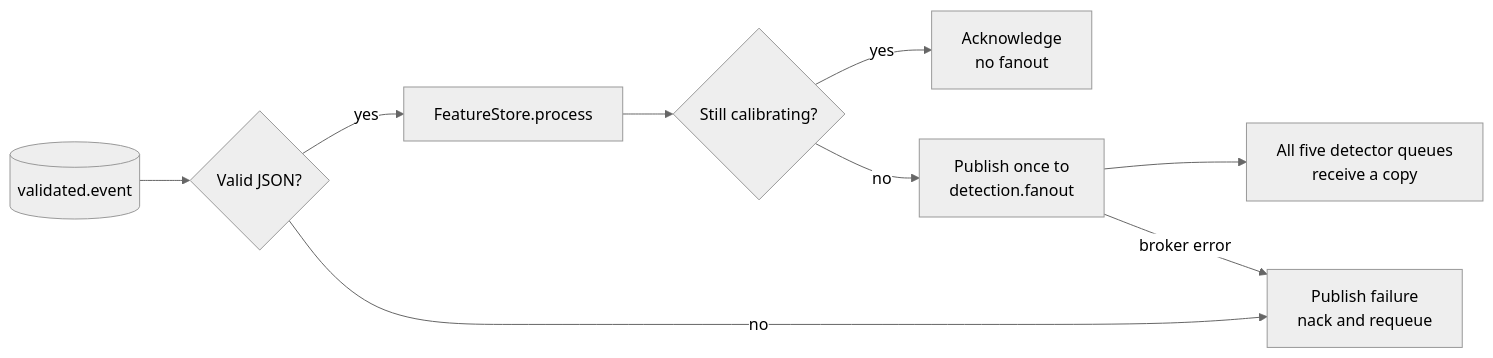
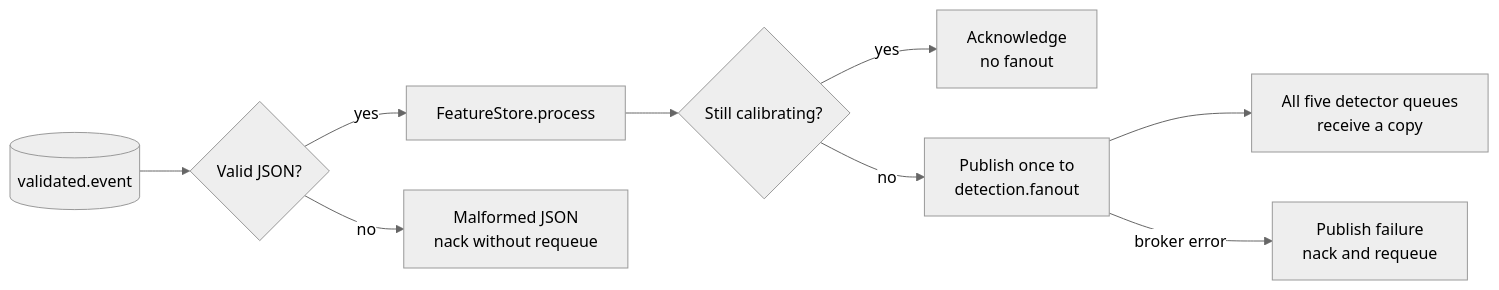
Before and after one commit to Spectre206/fyp-pipeline: the sixth of 13 diagrams in layer1/docs/layer1_component_log.md, drawn with Mermaid (neutral theme). The commit also changed other lines of this file and 14 other files, not shown here.

````diff
--- a/layer1/docs/layer1_component_log.md
+++ b/layer1/docs/layer1_component_log.md
@@ -308,18 +311,19 @@
 ```mermaid
 flowchart LR
     IN[("validated.event")]
     JSON{"Valid JSON?"}
     STORE["FeatureStore.process"]
     CAL{"Still calibrating?"}
     ACK["Acknowledge<br/>no fanout"]
     PUB["Publish once to<br/>detection.fanout"]
     ALL["All five detector queues<br/>receive a copy"]
     FAIL["Publish failure<br/>nack and requeue"]
+    BADJSON["Malformed JSON<br/>nack without requeue"]
 
     IN --> JSON
-    JSON -->|"no"| FAIL
+    JSON -->|"no"| BADJSON
     JSON -->|"yes"| STORE --> CAL
     CAL -->|"yes"| ACK
     CAL -->|"no"| PUB --> ALL
     PUB -->|"broker error"| FAIL
 ```
````
